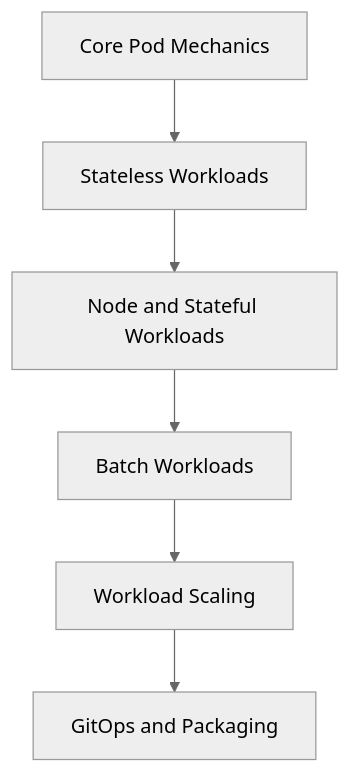
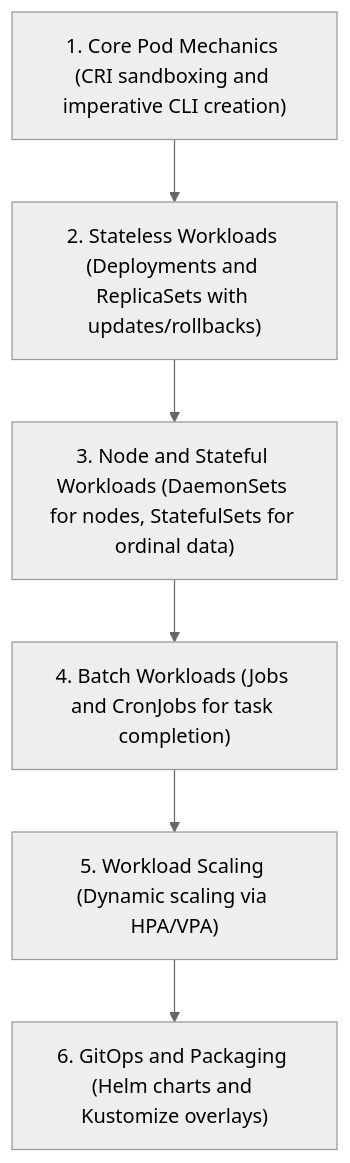
One commit to kmashour/BrainDump changed the first of 4 diagrams in Reference Notes/07_kubernetes_workloads_and_controllers.md. Above: the diagram before and after it, drawn with Mermaid (neutral theme). The commit also changed 15 other files, not shown here.

Commit message:
docs: restore detailed informative mermaid diagrams replacing ampersands with 'and'

````diff
--- a/Reference Notes/07_kubernetes_workloads_and_controllers.md
+++ b/Reference Notes/07_kubernetes_workloads_and_controllers.md
@@ -11,8 +11,8 @@
 ```mermaid
 graph TD
-    A["Core Pod Mechanics"] --> B["Stateless Workloads"]
-    B --> C["Node and Stateful Workloads"]
-    C --> D["Batch Workloads"]
-    D --> E["Workload Scaling"]
-    E --> F["GitOps and Packaging"]
+    A["1. Core Pod Mechanics (CRI sandboxing and imperative CLI creation)"] --> B["2. Stateless Workloads (Deployments and ReplicaSets with updates/rollbacks)"]
+    B --> C["3. Node and Stateful Workloads (DaemonSets for nodes, StatefulSets for ordinal data)"]
+    C --> D["4. Batch Workloads (Jobs and CronJobs for task completion)"]
+    D --> E["5. Workload Scaling (Dynamic scaling via HPA/VPA)"]
+    E --> F["6. GitOps and Packaging (Helm charts and Kustomize overlays)"]
 ```
````
